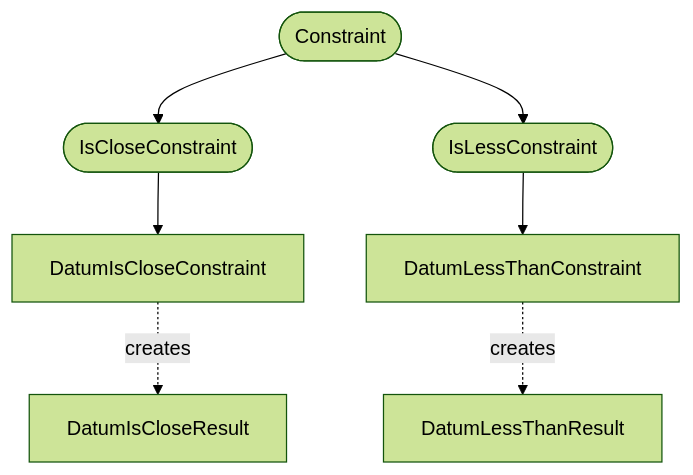
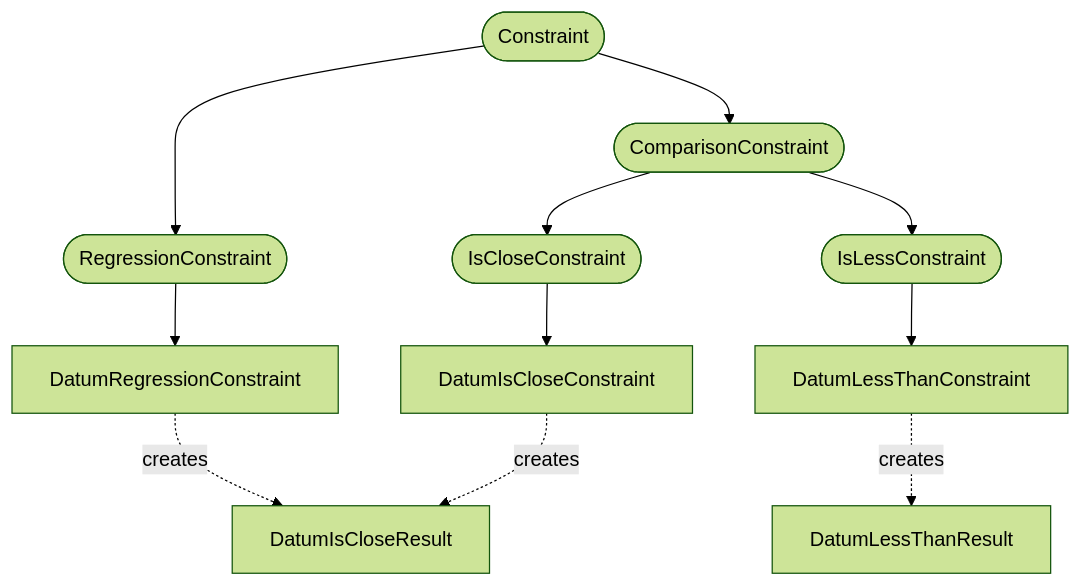
Before and after one commit to bmad-sim/pytao: the fifth of 7 diagrams in docs/constraints/index.md, drawn with Mermaid (forest theme). The commit also changed other lines of this file and 5 other files, not shown here.

````diff
--- a/docs/constraints/index.md
+++ b/docs/constraints/index.md
@@ -122,9 +150,13 @@
 ```mermaid
 flowchart TD
-    Constraint([Constraint]) --> IsCloseConstraint([IsCloseConstraint])
-    Constraint --> IsLessConstraint([IsLessConstraint])
+    Constraint([Constraint]) --> ComparisonConstraint([ComparisonConstraint])
+    Constraint --> RegressionConstraint([RegressionConstraint])
+    ComparisonConstraint --> IsCloseConstraint([IsCloseConstraint])
+    ComparisonConstraint --> IsLessConstraint([IsLessConstraint])
     IsCloseConstraint --> DatumIsCloseConstraint[DatumIsCloseConstraint]
     IsLessConstraint --> DatumLessThanConstraint[DatumLessThanConstraint]
+    RegressionConstraint --> DatumRegressionConstraint[DatumRegressionConstraint]
     DatumIsCloseConstraint -. creates .-> DatumIsCloseResult[DatumIsCloseResult]
     DatumLessThanConstraint -. creates .-> DatumLessThanResult[DatumLessThanResult]
+    DatumRegressionConstraint -. creates .-> DatumIsCloseResult
 ```
````
